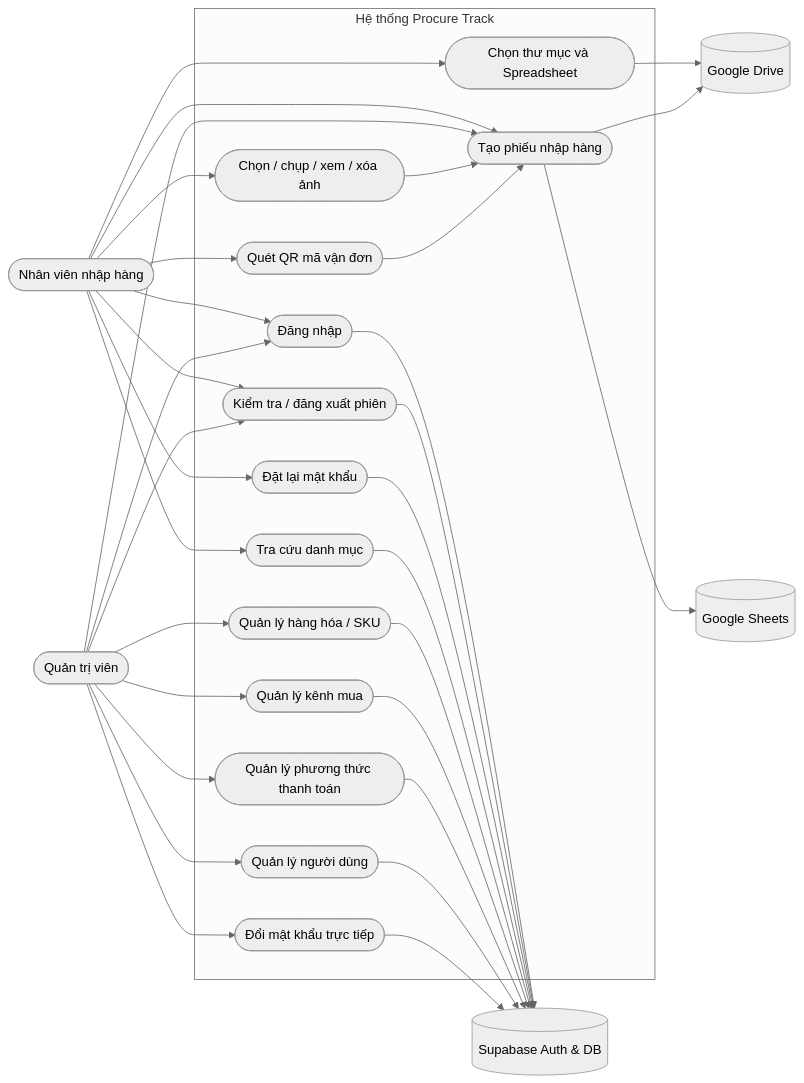
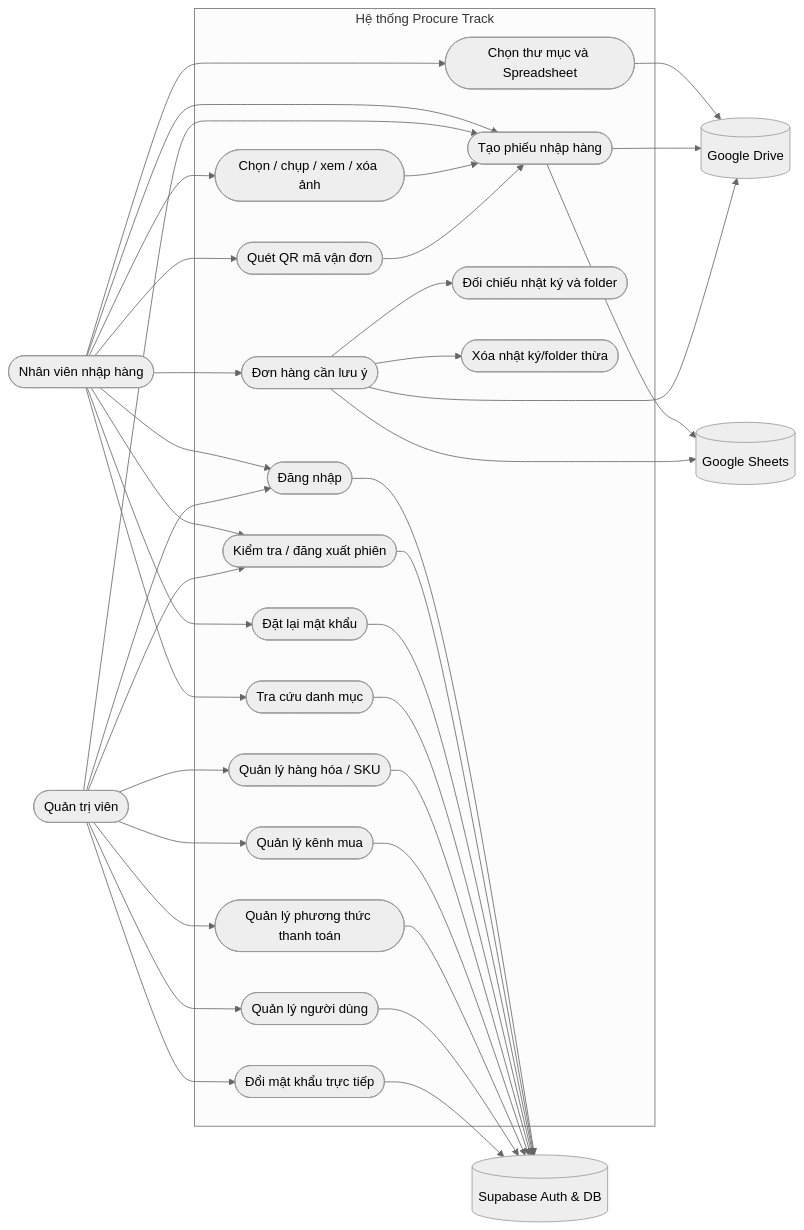
The first of 2 diagrams in documents/TAI-LIEU-DAC-TA.md (thuancao05/procure-track), drawn with Mermaid (neutral theme) before and after one commit. The commit also changed other lines of this file and 11 other files, not shown here.

Commit message:
feat: update auth, Google Drive folder naming, and order reconciliation

````diff
--- a/documents/TAI-LIEU-DAC-TA.md
+++ b/documents/TAI-LIEU-DAC-TA.md
@@ -467,58 +516,66 @@
 ```mermaid
 flowchart LR
     Staff([Nhân viên nhập hàng])
     Admin([Quản trị viên])
     Supabase[(Supabase Auth & DB)]
     Drive[(Google Drive)]
     Sheets[(Google Sheets)]
 
     subgraph App[Hệ thống Procure Track]
         Login([Đăng nhập])
         Session([Kiểm tra / đăng xuất phiên])
         Reset([Đặt lại mật khẩu])
         Submit([Tạo phiếu nhập hàng])
         Lookup([Tra cứu danh mục])
         Upload([Chọn / chụp / xem / xóa ảnh])
         QR([Quét QR mã vận đơn])
         DriveSelect([Chọn thư mục và Spreadsheet])
+        Attention([Đơn hàng cần lưu ý])
+        Compare([Đối chiếu nhật ký và folder])
+        DeleteExtra([Xóa nhật ký/folder thừa])
         ManageProducts([Quản lý hàng hóa / SKU])
         ManageChannels([Quản lý kênh mua])
         ManagePayments([Quản lý phương thức thanh toán])
         ManageUsers([Quản lý người dùng])
         DirectPassword([Đổi mật khẩu trực tiếp])
     end
 
     Staff --> Login
     Staff --> Session
     Staff --> Reset
     Staff --> Submit
     Staff --> Lookup
     Staff --> Upload
     Staff --> QR
+    Staff --> Attention
+    Attention --> Compare
+    Attention --> DeleteExtra
     Staff --> DriveSelect
 
     Admin --> Login
     Admin --> Session
     Admin --> Submit
     Admin --> ManageProducts
     Admin --> ManageChannels
     Admin --> ManagePayments
     Admin --> ManageUsers
     Admin --> DirectPassword
 
     Login --> Supabase
     Session --> Supabase
     Reset --> Supabase
     Lookup --> Supabase
     ManageProducts --> Supabase
     ManageChannels --> Supabase
     ManagePayments --> Supabase
     ManageUsers --> Supabase
     DirectPassword --> Supabase
 
     DriveSelect --> Drive
     Submit --> Drive
     Submit --> Sheets
+    Attention --> Drive
+    Attention --> Sheets
     Upload --> Submit
     QR --> Submit
 ```
````
